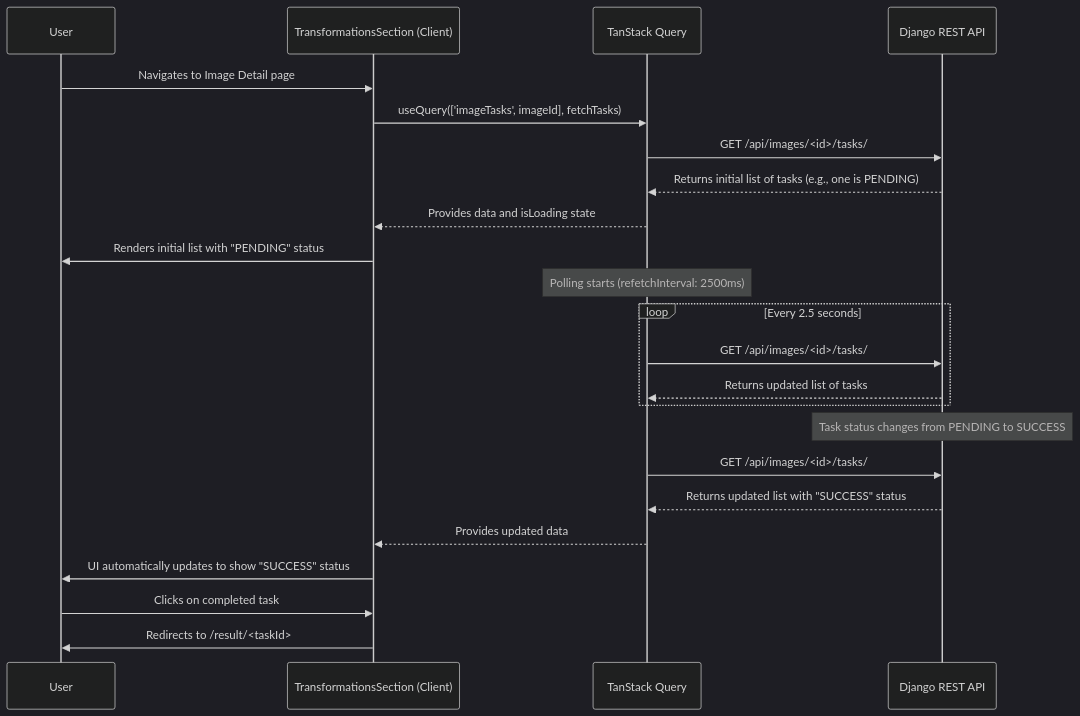
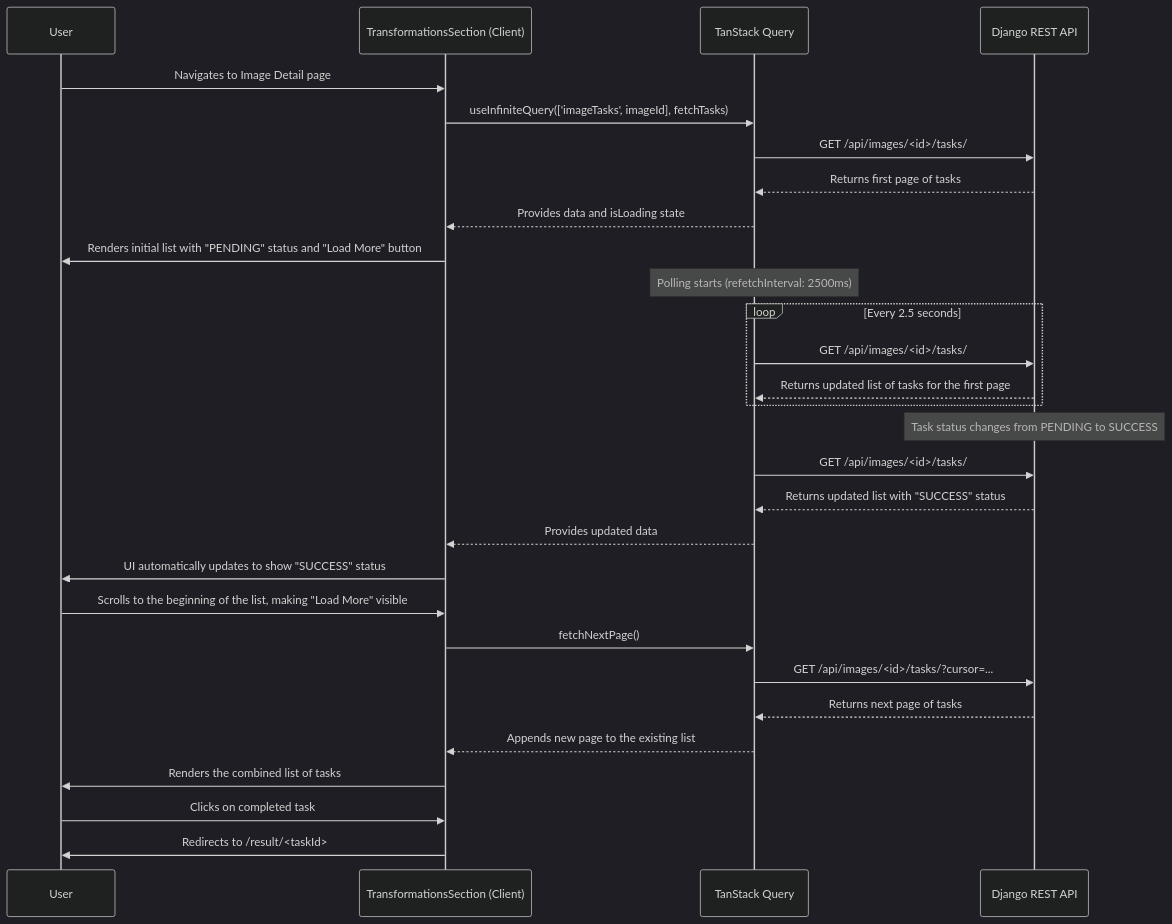
One commit to gidorah/image-processing-service-client changed the diagram in docs/implementation/T403 - Build Transformations Section & Polling/design.md. Above: the diagram before and after it, drawn with Mermaid (dark theme). The commit also changed other lines of this file and 4 other files, not shown here.

First line of the commit message:
feat: Enhance Transformations Section with Pagination and Load More Functionality

````diff
--- a/docs/implementation/T403 - Build Transformations Section & Polling/design.md
+++ b/docs/implementation/T403 - Build Transformations Section & Polling/design.md
@@ -37,30 +38,38 @@
 ```mermaid
 sequenceDiagram
     participant User
     participant TransformationsSection as TransformationsSection (Client)
     participant TanStackQuery as TanStack Query
     participant API as Django REST API
 
     User->>TransformationsSection: Navigates to Image Detail page
-    TransformationsSection->>TanStackQuery: useQuery(['imageTasks', imageId], fetchTasks)
+    TransformationsSection->>TanStackQuery: useInfiniteQuery(['imageTasks', imageId], fetchTasks)
     TanStackQuery->>API: GET /api/images/<id>/tasks/
-    API-->>TanStackQuery: Returns initial list of tasks (e.g., one is PENDING)
+    API-->>TanStackQuery: Returns first page of tasks
     TanStackQuery-->>TransformationsSection: Provides data and isLoading state
-    TransformationsSection->>User: Renders initial list with "PENDING" status
+    TransformationsSection->>User: Renders initial list with "PENDING" status and "Load More" button
 
     Note over TanStackQuery: Polling starts (refetchInterval: 2500ms)
 
     loop Every 2.5 seconds
         TanStackQuery->>API: GET /api/images/<id>/tasks/
-        API-->>TanStackQuery: Returns updated list of tasks
+        API-->>TanStackQuery: Returns updated list of tasks for the first page
     end
 
     Note over API: Task status changes from PENDING to SUCCESS
 
     TanStackQuery->>API: GET /api/images/<id>/tasks/
     API-->>TanStackQuery: Returns updated list with "SUCCESS" status
     TanStackQuery-->>TransformationsSection: Provides updated data
     TransformationsSection->>User: UI automatically updates to show "SUCCESS" status
+
+    User->>TransformationsSection: Scrolls to the beginning of the list, making "Load More" visible
+    TransformationsSection->>TanStackQuery: fetchNextPage()
+    TanStackQuery->>API: GET /api/images/<id>/tasks/?cursor=...
+    API-->>TanStackQuery: Returns next page of tasks
+    TanStackQuery-->>TransformationsSection: Appends new page to the existing list
+    TransformationsSection->>User: Renders the combined list of tasks
+
     User->>TransformationsSection: Clicks on completed task
     TransformationsSection->>User: Redirects to /result/<taskId>
 ```
````
